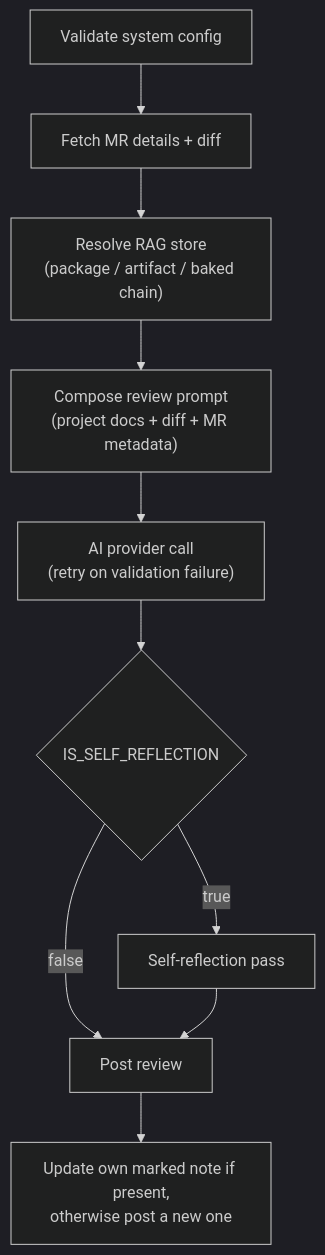
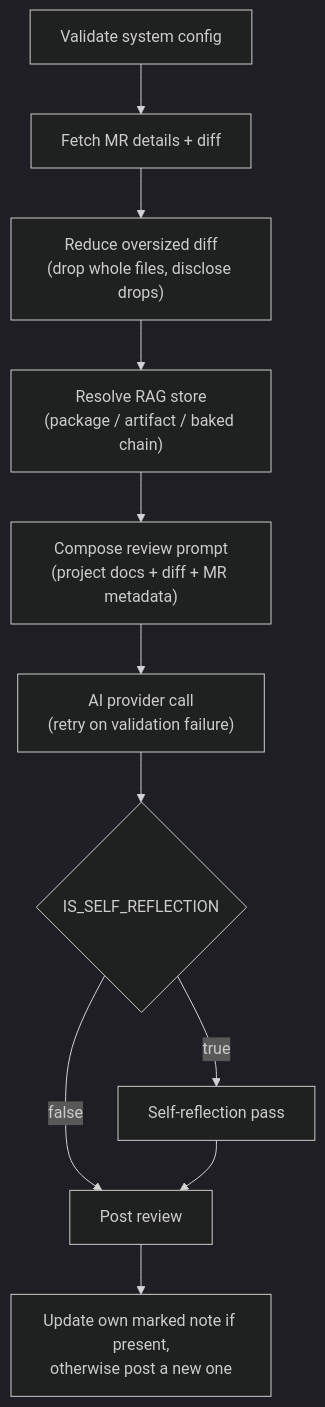
Before and after one commit to twjohnwu/MRInspect: the first of 2 diagrams in docs/tw/architecture.md, drawn with Mermaid (dark theme). The commit also changed 4 other files, not shown here.

````diff
--- a/docs/tw/architecture.md
+++ b/docs/tw/architecture.md
@@ -54,12 +54,13 @@
 ```mermaid
 flowchart TD
     A["Validate system config"] --> B["Fetch MR details + diff"]
-    B --> C["Resolve RAG store<br/>(package / artifact / baked chain)"]
+    B --> B2["Reduce oversized diff<br/>(drop whole files, disclose drops)"]
+    B2 --> C["Resolve RAG store<br/>(package / artifact / baked chain)"]
     C --> D["Compose review prompt<br/>(project docs + diff + MR metadata)"]
     D --> E["AI provider call<br/>(retry on validation failure)"]
     E --> F{"IS_SELF_REFLECTION"}
     F -->|true| G["Self-reflection pass"]
     F -->|false| H["Post review"]
     G --> H
     H --> I["Update own marked note if present,<br/>otherwise post a new one"]
 ```
````
